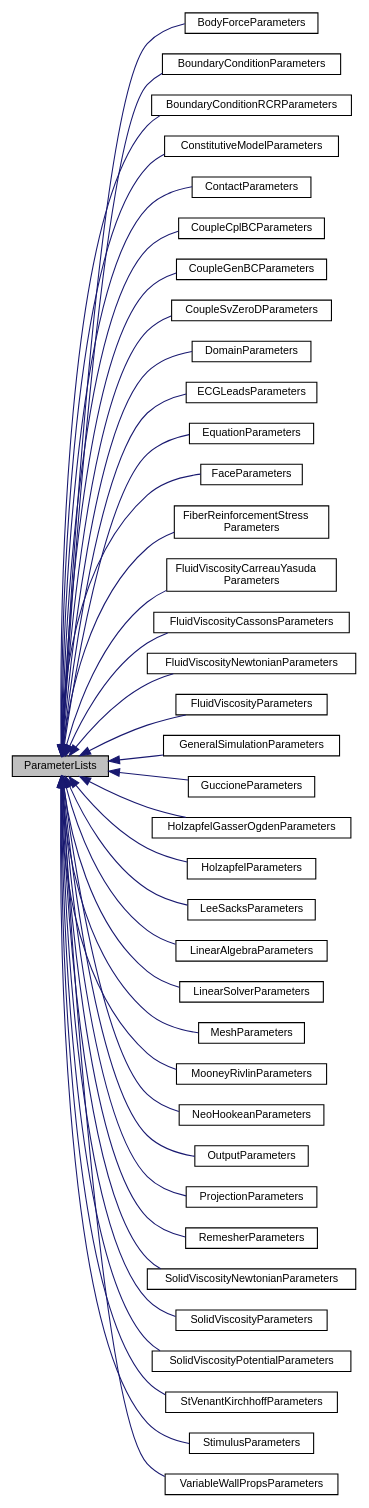
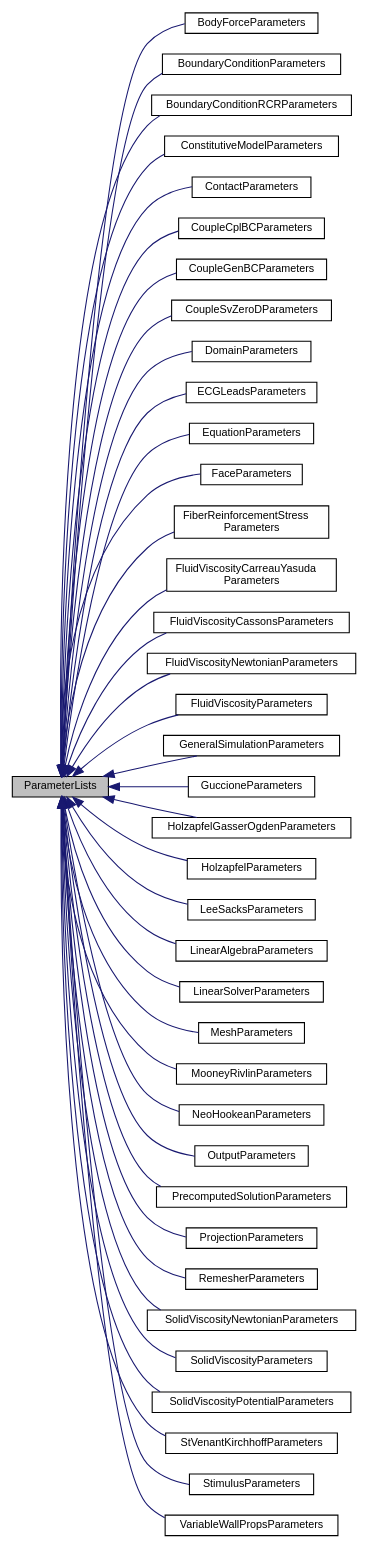
The diagram in class_parameter_lists__inherit__graph.dot (mrp089/svMultiPhysics), drawn with Graphviz before and after one commit. The commit also changed 125 other files, not shown here.

```diff
--- a/class_parameter_lists__inherit__graph.dot
+++ b/class_parameter_lists__inherit__graph.dot
@@ -62,19 +62,21 @@
   Node1 -> Node29 [dir="back",color="midnightblue",fontsize="10",style="solid",fontname="Helvetica"];
   Node29 [label="OutputParameters",height=0.2,width=0.4,color="black", fillcolor="white", style="filled",URL="$class_output_parameters.html",tooltip="The OutputParameters class stores parameters for the Output XML element under Add_equation."];
   Node1 -> Node30 [dir="back",color="midnightblue",fontsize="10",style="solid",fontname="Helvetica"];
-  Node30 [label="ProjectionParameters",height=0.2,width=0.4,color="black", fillcolor="white", style="filled",URL="$class_projection_parameters.html",tooltip="The ProjectionParameters class stores parameters for the 'Add_projection' XML element used for fluid-..."];
+  Node30 [label="PrecomputedSolutionParameters",height=0.2,width=0.4,color="black", fillcolor="white", style="filled",URL="$class_precomputed_solution_parameters.html",tooltip="The PrecomputedSolutionParameters class stores parameters for the 'Precomputed_solution' XML element ..."];
   Node1 -> Node31 [dir="back",color="midnightblue",fontsize="10",style="solid",fontname="Helvetica"];
-  Node31 [label="RemesherParameters",height=0.2,width=0.4,color="black", fillcolor="white", style="filled",URL="$class_remesher_parameters.html",tooltip="The RemesherParameters class stores parameters for the 'Remesher' XML element used for remeshing."];
+  Node31 [label="ProjectionParameters",height=0.2,width=0.4,color="black", fillcolor="white", style="filled",URL="$class_projection_parameters.html",tooltip="The ProjectionParameters class stores parameters for the 'Add_projection' XML element used for fluid-..."];
   Node1 -> Node32 [dir="back",color="midnightblue",fontsize="10",style="solid",fontname="Helvetica"];
-  Node32 [label="SolidViscosityNewtonianParameters",height=0.2,width=0.4,color="black", fillcolor="white", style="filled",URL="$class_solid_viscosity_newtonian_parameters.html",tooltip=" "];
+  Node32 [label="RemesherParameters",height=0.2,width=0.4,color="black", fillcolor="white", style="filled",URL="$class_remesher_parameters.html",tooltip="The RemesherParameters class stores parameters for the 'Remesher' XML element used for remeshing."];
   Node1 -> Node33 [dir="back",color="midnightblue",fontsize="10",style="solid",fontname="Helvetica"];
-  Node33 [label="SolidViscosityParameters",height=0.2,width=0.4,color="black", fillcolor="white", style="filled",URL="$class_solid_viscosity_parameters.html",tooltip=" "];
+  Node33 [label="SolidViscosityNewtonianParameters",height=0.2,width=0.4,color="black", fillcolor="white", style="filled",URL="$class_solid_viscosity_newtonian_parameters.html",tooltip=" "];
   Node1 -> Node34 [dir="back",color="midnightblue",fontsize="10",style="solid",fontname="Helvetica"];
-  Node34 [label="SolidViscosityPotentialParameters",height=0.2,width=0.4,color="black", fillcolor="white", style="filled",URL="$class_solid_viscosity_potential_parameters.html",tooltip=" "];
+  Node34 [label="SolidViscosityParameters",height=0.2,width=0.4,color="black", fillcolor="white", style="filled",URL="$class_solid_viscosity_parameters.html",tooltip=" "];
   Node1 -> Node35 [dir="back",color="midnightblue",fontsize="10",style="solid",fontname="Helvetica"];
-  Node35 [label="StVenantKirchhoffParameters",height=0.2,width=0.4,color="black", fillcolor="white", style="filled",URL="$class_st_venant_kirchhoff_parameters.html",tooltip=" "];
+  Node35 [label="SolidViscosityPotentialParameters",height=0.2,width=0.4,color="black", fillcolor="white", style="filled",URL="$class_solid_viscosity_potential_parameters.html",tooltip=" "];
   Node1 -> Node36 [dir="back",color="midnightblue",fontsize="10",style="solid",fontname="Helvetica"];
-  Node36 [label="StimulusParameters",height=0.2,width=0.4,color="black", fillcolor="white", style="filled",URL="$class_stimulus_parameters.html",tooltip="The StimulusParameters class stores parameters for 'Stimulus' XML element used to parameters for pace..."];
+  Node36 [label="StVenantKirchhoffParameters",height=0.2,width=0.4,color="black", fillcolor="white", style="filled",URL="$class_st_venant_kirchhoff_parameters.html",tooltip=" "];
   Node1 -> Node37 [dir="back",color="midnightblue",fontsize="10",style="solid",fontname="Helvetica"];
-  Node37 [label="VariableWallPropsParameters",height=0.2,width=0.4,color="black", fillcolor="white", style="filled",URL="$class_variable_wall_props_parameters.html",tooltip="The VariableWallPropsParameters class stores parameters for variable wall properties for the CMM equa..."];
+  Node37 [label="StimulusParameters",height=0.2,width=0.4,color="black", fillcolor="white", style="filled",URL="$class_stimulus_parameters.html",tooltip="The StimulusParameters class stores parameters for 'Stimulus' XML element used to parameters for pace..."];
+  Node1 -> Node38 [dir="back",color="midnightblue",fontsize="10",style="solid",fontname="Helvetica"];
+  Node38 [label="VariableWallPropsParameters",height=0.2,width=0.4,color="black", fillcolor="white", style="filled",URL="$class_variable_wall_props_parameters.html",tooltip="The VariableWallPropsParameters class stores parameters for variable wall properties for the CMM equa..."];
 }
```
